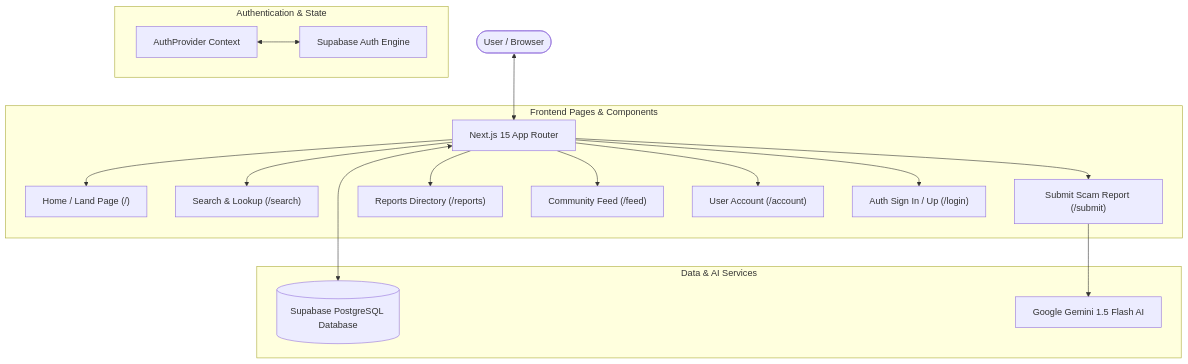
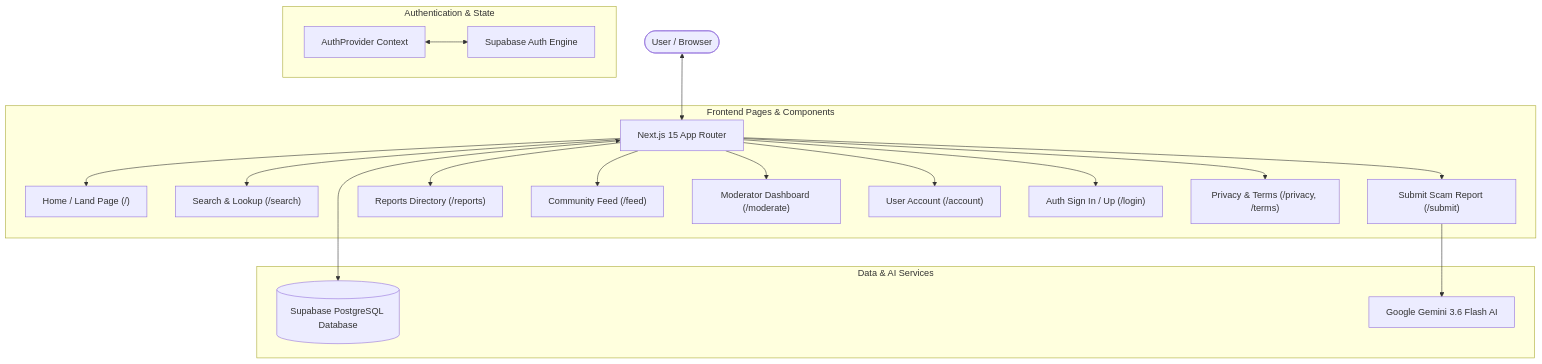
Before and after one commit to xlrrr8/Orlegit: the diagram in system_architecture_report.md, drawn with Mermaid. The commit also changed other lines of this file and 20 other files, not shown here.

Commit message:
feat: upgrade to gemini-3.6-flash, wire evidence upload, add legal pages, filter removed reports, and consolidate migrations

````diff
--- a/system_architecture_report.md
+++ b/system_architecture_report.md
@@ -22,23 +22,25 @@
 ```mermaid
 flowchart TD
     User([User / Browser]) <--> NextApp[Next.js 15 App Router]
     
     subgraph Frontend Pages & Components
         NextApp --> HomePage["Home / Land Page (/)"]
         NextApp --> SearchPage["Search & Lookup (/search)"]
         NextApp --> SubmitPage["Submit Scam Report (/submit)"]
         NextApp --> ReportsPage["Reports Directory (/reports)"]
         NextApp --> FeedPage["Community Feed (/feed)"]
+        NextApp --> ModeratePage["Moderator Dashboard (/moderate)"]
         NextApp --> AccountPage["User Account (/account)"]
         NextApp --> LoginPage["Auth Sign In / Up (/login)"]
+        NextApp --> LegalPages["Privacy & Terms (/privacy, /terms)"]
     end
     
     subgraph Authentication & State
         AuthProvider[AuthProvider Context] <--> SupabaseAuth[Supabase Auth Engine]
     end
 
     subgraph Data & AI Services
         NextApp <--> SupabaseDB[(Supabase PostgreSQL Database)]
-        SubmitPage --> GeminiAPI[Google Gemini 1.5 Flash AI]
+        SubmitPage --> GeminiAPI[Google Gemini 3.6 Flash AI]
     end
 ```
````
